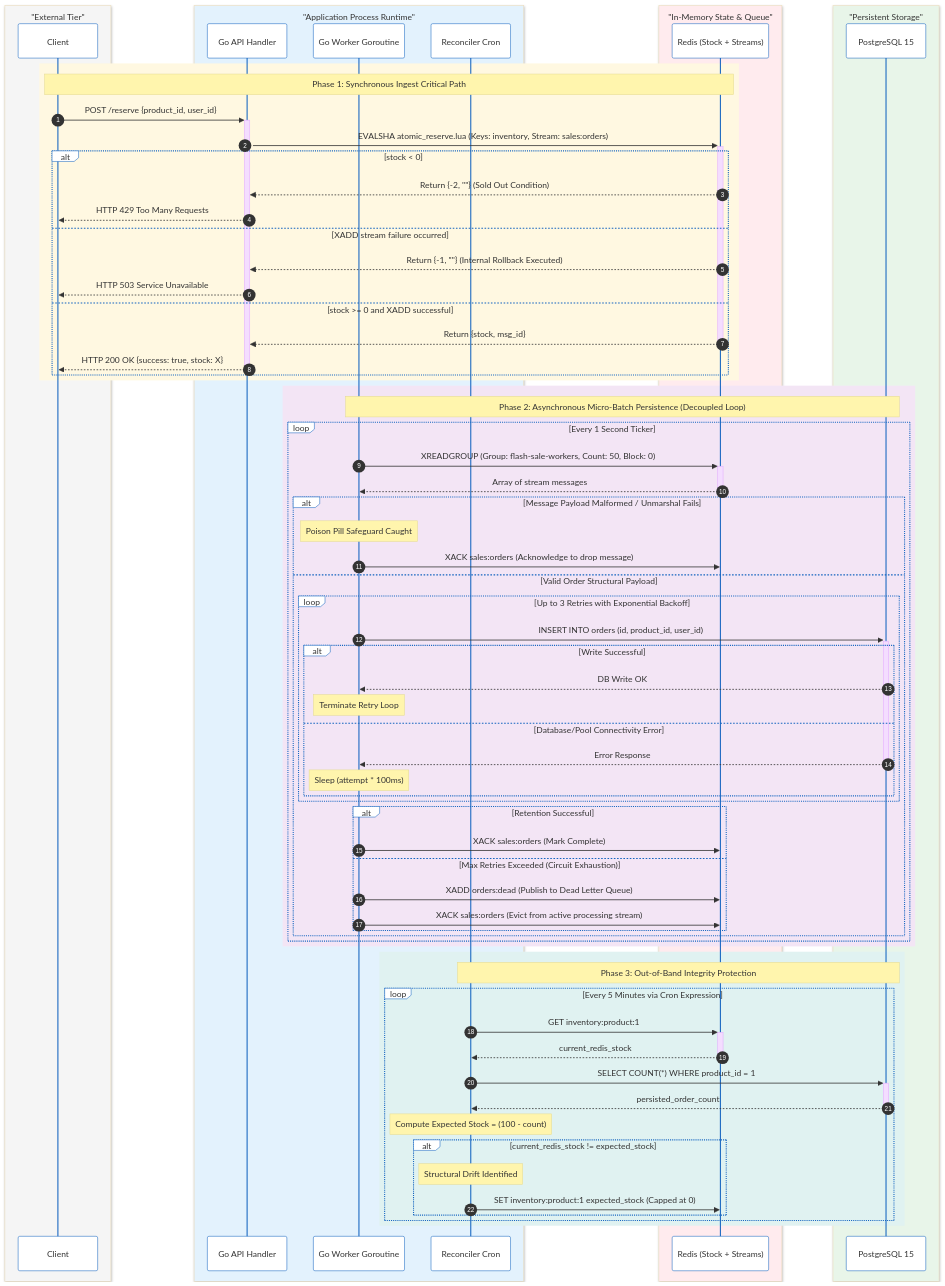
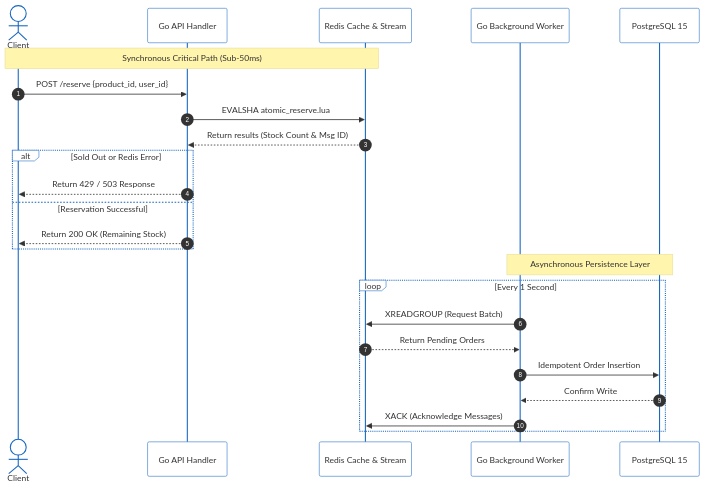
One commit to TechnoMeter/flash-sale-backend-go changed the second of 2 diagrams in README.md. Above: the diagram before and after it, drawn with Mermaid. The commit also changed other lines of this file, not shown here.

Commit message:
refactor: update architecture diagrams for improved clarity and detail

````diff
--- a/README.md
+++ b/README.md
@@ -173,89 +151,31 @@
 %%{init: {'theme': 'base', 'themeVariables': { 'fontFamily': 'arial', 'actorBkg': '#ffffff', 'actorBorder': '#1565c0', 'sequenceNumberColor': '#ffffff'}}}%%
 sequenceDiagram
     autonumber
+    actor Client
+    participant API as Go API Handler
+    participant Redis as Redis Cache & Stream
+    participant Worker as Go Background Worker
+    participant PG as PostgreSQL 15
+
+    %% Synchronous Path
+    Note over Client, Redis: Synchronous Critical Path (Sub-50ms)
+    Client->>API: POST /reserve {product_id, user_id}
+    API->>Redis: EVALSHA atomic_reserve.lua
+    Redis-->>API: Return results (Stock Count & Msg ID)
     
-    box rgb(245, 245, 245) "External Tier"
-        participant Client
-    end
-    
-    box rgb(227, 242, 253) "Application Process Runtime"
-        participant API as Go API Handler
-        participant Worker as Go Worker Goroutine
-        participant Recon as Reconciler Cron
-    end
-    
-    box rgb(255, 235, 238) "In-Memory State & Queue"
-        participant Redis as Redis (Stock + Streams)
-    end
-    
-    box rgb(232, 245, 233) "Persistent Storage"
-        participant PG as PostgreSQL 15
+    alt Sold Out or Redis Error
+        API-->>Client: Return 429 / 503 Response
+    else Reservation Successful
+        API-->>Client: Return 200 OK (Remaining Stock)
     end
 
-    %% PHASE 1: SYNCHRONOUS INTAKE
-    rect rgb(255, 248, 225)
-        Note over Client, Redis: Phase 1: Synchronous Ingest Critical Path
-        Client->>+API: POST /reserve {product_id, user_id}
-        API->>+Redis: EVALSHA atomic_reserve.lua (Keys: inventory, Stream: sales:orders)
-        
-        alt stock < 0
-            Redis-->>API: Return {-2, ""} (Sold Out Condition)
-            API-->>Client: HTTP 429 Too Many Requests
-        else XADD stream failure occurred
-            Redis-->>API: Return {-1, ""} (Internal Rollback Executed)
-            API-->>Client: HTTP 503 Service Unavailable
-        else stock >= 0 and XADD successful
-            Redis-->>-API: Return {stock, msg_id}
-            API-->>-Client: HTTP 200 OK {success: true, stock: X}
-        end
-    end
-
-    %% PHASE 2: ASYNC PERSISTENCE
-    rect rgb(243, 229, 245)
-        Note over Worker, PG: Phase 2: Asynchronous Micro-Batch Persistence (Decoupled Loop)
-        loop Every 1 Second Ticker
-            Worker->>+Redis: XREADGROUP (Group: flash-sale-workers, Count: 50, Block: 0)
-            Redis-->>-Worker: Array of stream messages
-            
-            alt Message Payload Malformed / Unmarshal Fails
-                Note over Worker: Poison Pill Safeguard Caught
-                Worker->>Redis: XACK sales:orders (Acknowledge to drop message)
-            else Valid Order Structural Payload
-                loop Up to 3 Retries with Exponential Backoff
-                    Worker->>+PG: INSERT INTO orders (id, product_id, user_id)
-                    alt Write Successful
-                        PG-->>Worker: DB Write OK
-                        Note over Worker: Terminate Retry Loop
-                    else Database/Pool Connectivity Error
-                        PG-->>-Worker: Error Response
-                        Note over Worker: Sleep (attempt * 100ms)
-                    end
-                end
-                
-                alt Retention Successful
-                    Worker->>Redis: XACK sales:orders (Mark Complete)
-                else Max Retries Exceeded (Circuit Exhaustion)
-                    Worker->>Redis: XADD orders:dead (Publish to Dead Letter Queue)
-                    Worker->>Redis: XACK sales:orders (Evict from active processing stream)
-                end
-            end
-        end
-    end
-
-    %% PHASE 3: OUT OF BAND CRON
-    rect rgb(224, 242, 241)
-        Note over Recon, PG: Phase 3: Out-of-Band Integrity Protection
-        loop Every 5 Minutes via Cron Expression
-            Recon->>+Redis: GET inventory:product:1
-            Redis-->>-Recon: current_redis_stock
-            Recon->>+PG: SELECT COUNT(*) WHERE product_id = 1
-            PG-->>-Recon: persisted_order_count
-            
-            Note over Recon: Compute Expected Stock = (100 - count)
-            alt current_redis_stock != expected_stock
-                Note over Recon: Structural Drift Identified
-                Recon->>Redis: SET inventory:product:1 expected_stock (Capped at 0)
-            end
-        end
+    %% Asynchronous Path
+    Note over Worker, PG: Asynchronous Persistence Layer
+    loop Every 1 Second
+        Worker->>Redis: XREADGROUP (Request Batch)
+        Redis-->>Worker: Return Pending Orders
+        Worker->>PG: Idempotent Order Insertion
+        PG-->>Worker: Confirm Write
+        Worker->>Redis: XACK (Acknowledge Messages)
     end
 ```
````
